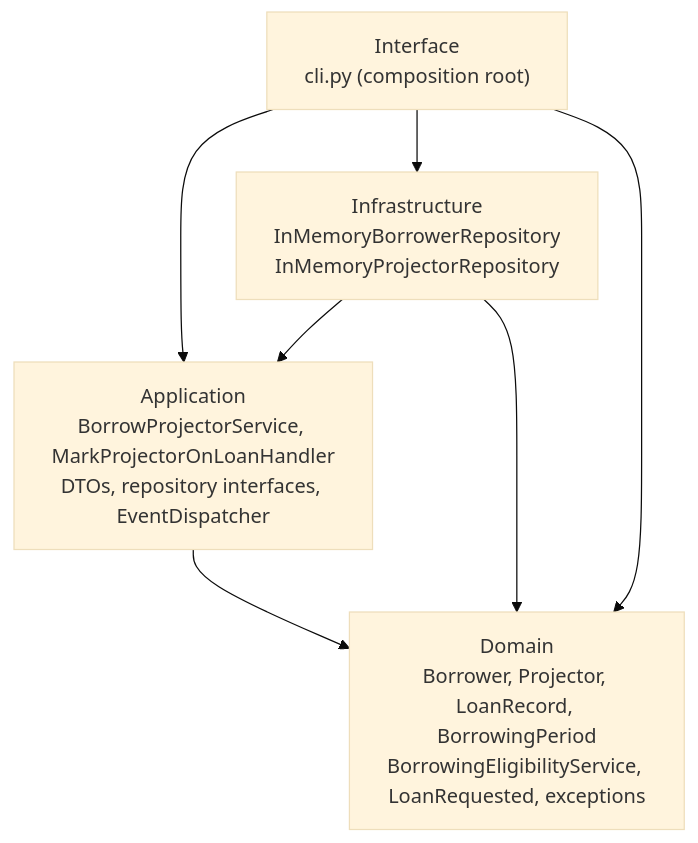
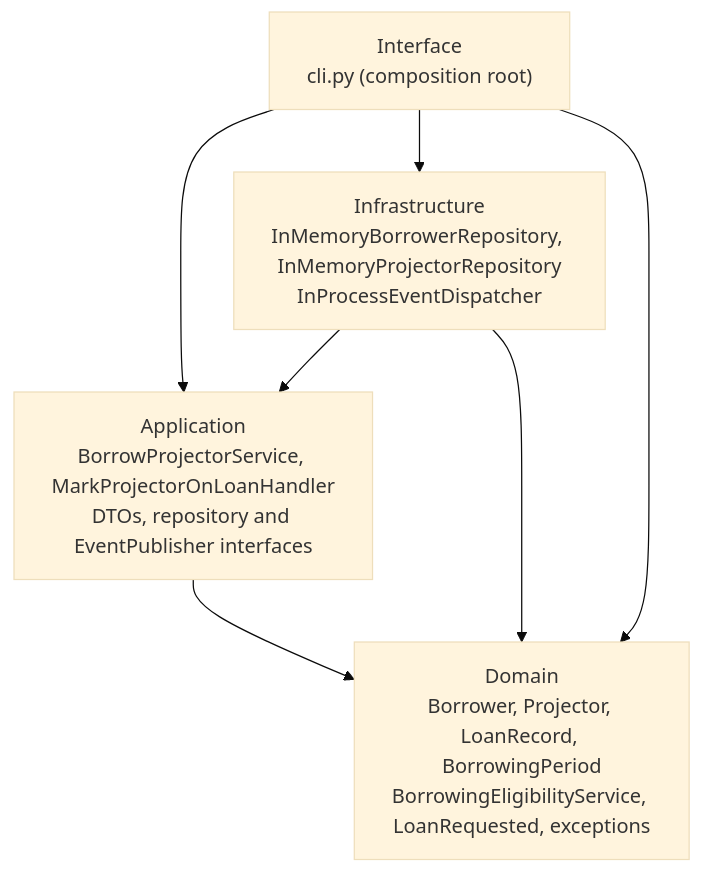
The second of 3 diagrams in docs/diagrams.md (shadiah-nalubega/projector_borrowing_system), drawn with Mermaid (base theme) before and after one commit. The commit also changed other lines of this file and 20 other files, not shown here.

````diff
--- a/docs/diagrams.md
+++ b/docs/diagrams.md
@@ -96,14 +101,14 @@
 ```mermaid
 flowchart TB
     Interface["Interface<br/>cli.py (composition root)"]
-    Infrastructure["Infrastructure<br/>InMemoryBorrowerRepository<br/>InMemoryProjectorRepository"]
-    Application["Application<br/>BorrowProjectorService, MarkProjectorOnLoanHandler<br/>DTOs, repository interfaces, EventDispatcher"]
+    Infrastructure["Infrastructure<br/>InMemoryBorrowerRepository, InMemoryProjectorRepository<br/>InProcessEventDispatcher"]
+    Application["Application<br/>BorrowProjectorService, MarkProjectorOnLoanHandler<br/>DTOs, repository and EventPublisher interfaces"]
     Domain["Domain<br/>Borrower, Projector, LoanRecord, BorrowingPeriod<br/>BorrowingEligibilityService, LoanRequested, exceptions"]
 
     Interface --> Application
     Interface --> Infrastructure
     Interface --> Domain
     Infrastructure --> Application
     Infrastructure --> Domain
     Application --> Domain
 ```
````
